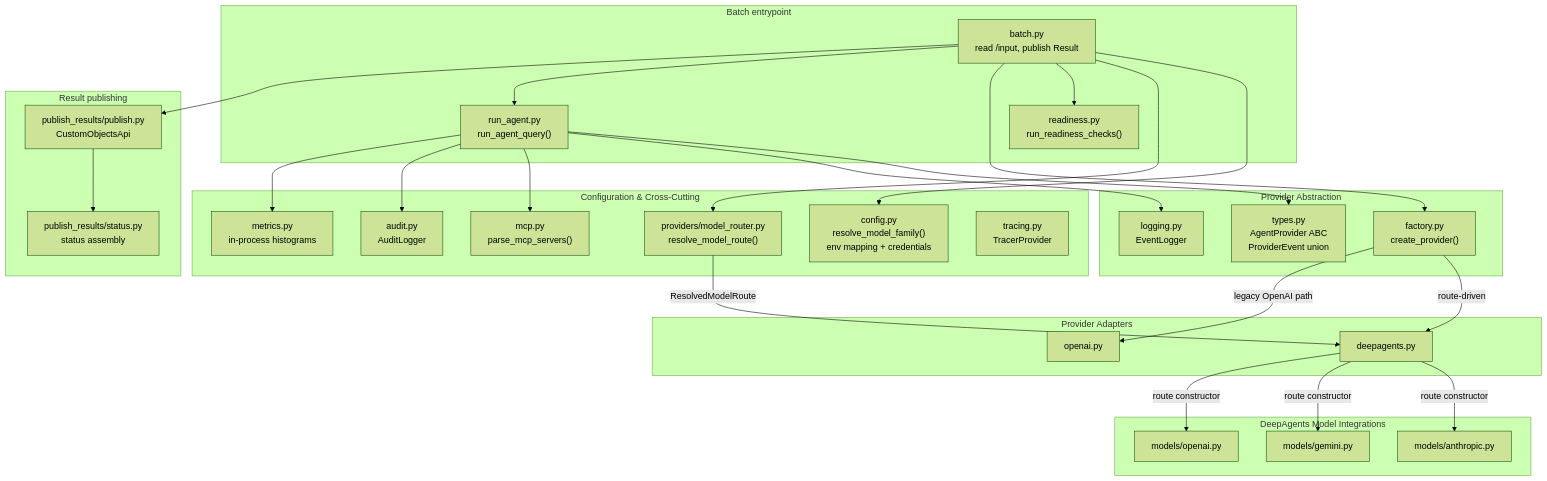
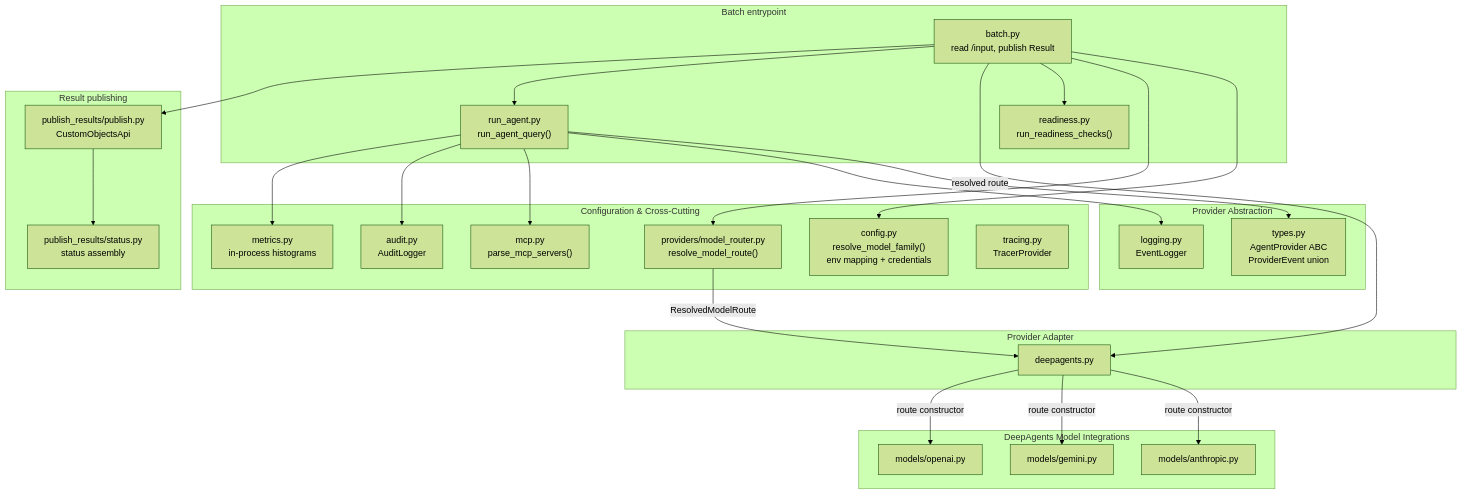
The second of 4 diagrams in ARCHITECTURE.md (asamal4/lightspeed-agentic-sandbox), drawn with Mermaid (forest theme) before and after one commit. The commit also changed other lines of this file and 58 other files, not shown here.

````diff
--- a/ARCHITECTURE.md
+++ b/ARCHITECTURE.md
@@ -33,58 +33,54 @@
 ```mermaid
 graph TD
     subgraph "Batch entrypoint"
         Batch["batch.py<br/>read /input, publish Result"]
         RunAgent["run_agent.py<br/>run_agent_query()"]
         Readiness["readiness.py<br/>run_readiness_checks()"]
     end
 
     subgraph "Configuration & Cross-Cutting"
         Config["config.py<br/>resolve_model_family()<br/>env mapping + credentials"]
         ModelRouter["providers/model_router.py<br/>resolve_model_route()"]
         MCP["mcp.py<br/>parse_mcp_servers()"]
         Audit["audit.py<br/>AuditLogger"]
         Metrics["metrics.py<br/>in-process histograms"]
         Tracing["tracing.py<br/>TracerProvider"]
     end
 
     subgraph "Result publishing"
         Publish["publish_results/publish.py<br/>CustomObjectsApi"]
         Status["publish_results/status.py<br/>status assembly"]
     end
 
     subgraph "Provider Abstraction"
-        Factory["factory.py<br/>create_provider()"]
         Types["types.py<br/>AgentProvider ABC<br/>ProviderEvent union"]
         Logger["logging.py<br/>EventLogger"]
     end
 
-    subgraph "Provider Adapters"
+    subgraph "Provider Adapter"
         DeepAgentsP["deepagents.py"]
-        OpenAIP["openai.py"]
     end
 
     subgraph "DeepAgents Model Integrations"
         AnthropicModel["models/anthropic.py"]
         GeminiModel["models/gemini.py"]
         OpenAIModel["models/openai.py"]
     end
 
     Batch --> Config
     Batch --> ModelRouter
     Batch --> Readiness
-    Batch --> Factory
+    Batch -->|resolved route| DeepAgentsP
     Batch --> RunAgent
     Batch --> Publish
   Publish --> Status
     RunAgent --> Types
     RunAgent --> Logger
     RunAgent --> MCP
     RunAgent --> Audit
     RunAgent --> Metrics
-    Factory -->|route-driven| DeepAgentsP
-    Factory -->|legacy OpenAI path| OpenAIP
     ModelRouter -->|ResolvedModelRoute| DeepAgentsP
     DeepAgentsP -->|route constructor| AnthropicModel
     DeepAgentsP -->|route constructor| GeminiModel
     DeepAgentsP -->|route constructor| OpenAIModel
 ```
````
